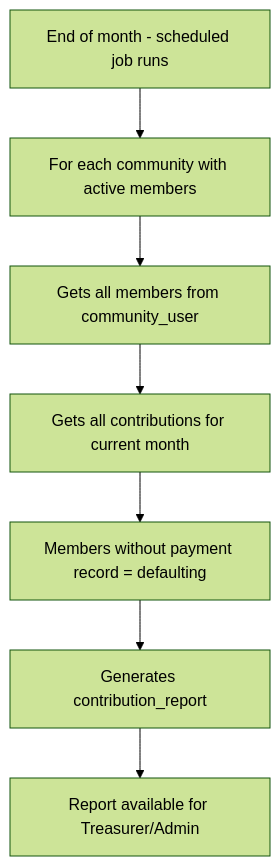
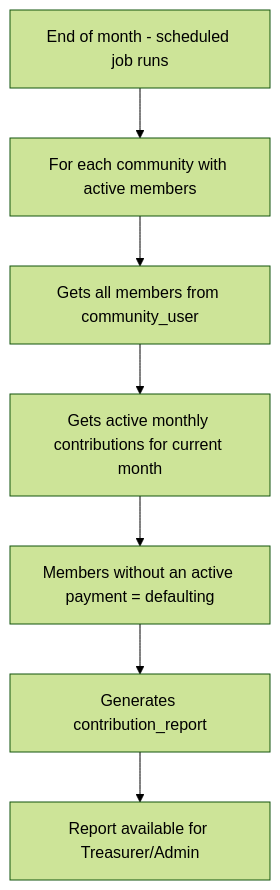
One commit to HDias/community changed the fourth of 8 diagrams in docs/flows/04-contributions.md. Above: the diagram before and after it, drawn with Mermaid (forest theme). The commit also changed other lines of this file and 4 other files, not shown here.

````diff
--- a/docs/flows/04-contributions.md
+++ b/docs/flows/04-contributions.md
@@ -67,9 +110,9 @@
 ```mermaid
 flowchart TD
     A[End of month - scheduled job runs] --> B[For each community with active members]
     B --> C[Gets all members from community_user]
-    C --> D[Gets all contributions for current month]
-    D --> E[Members without payment record = defaulting]
+    C --> D[Gets active monthly contributions for current month]
+    D --> E[Members without an active payment = defaulting]
     E --> F[Generates contribution_report]
     F --> G[Report available for Treasurer/Admin]
 ```
````
